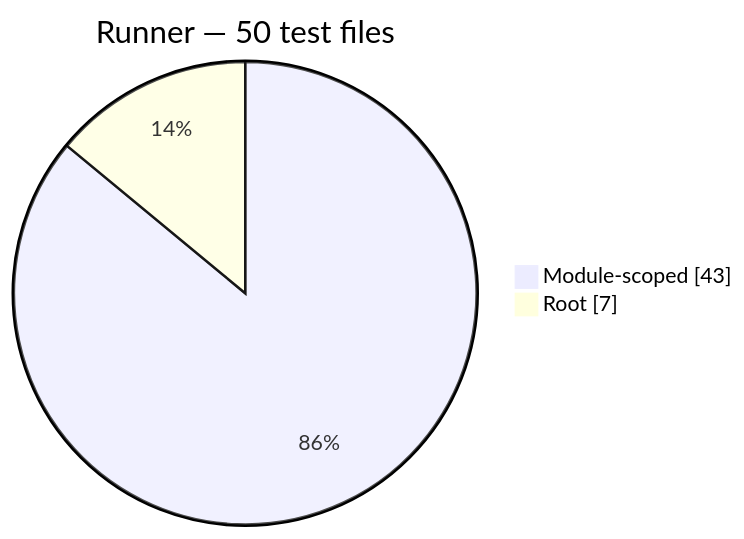
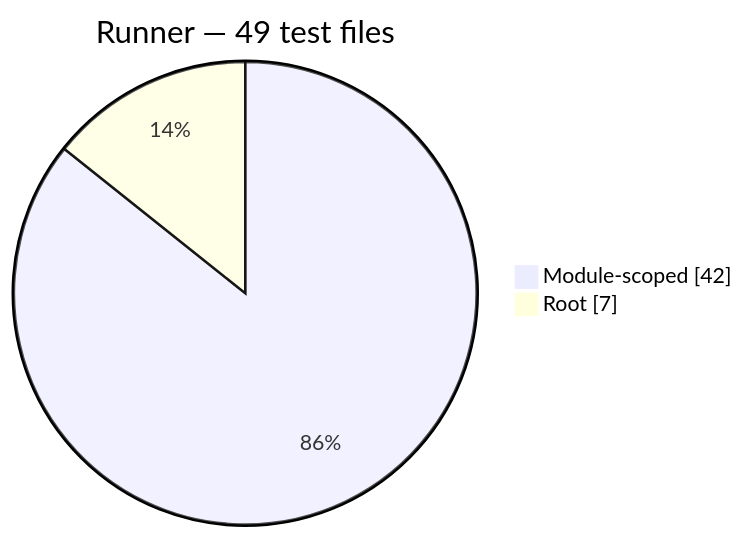
One commit to Mohammed-Alama/php-arazzo changed the ninth of 12 diagrams in docs/generated/test-composition.md. Above: the diagram before and after it, drawn with Mermaid. The commit also changed other lines of this file and 29 other files, not shown here.

````diff
--- a/docs/generated/test-composition.md
+++ b/docs/generated/test-composition.md
@@ -122,6 +120,6 @@
 ```mermaid
 pie showData
-    title Runner — 50 test files
-    "Module-scoped": 43
+    title Runner — 49 test files
+    "Module-scoped": 42
     "Root": 7
 ```
````
